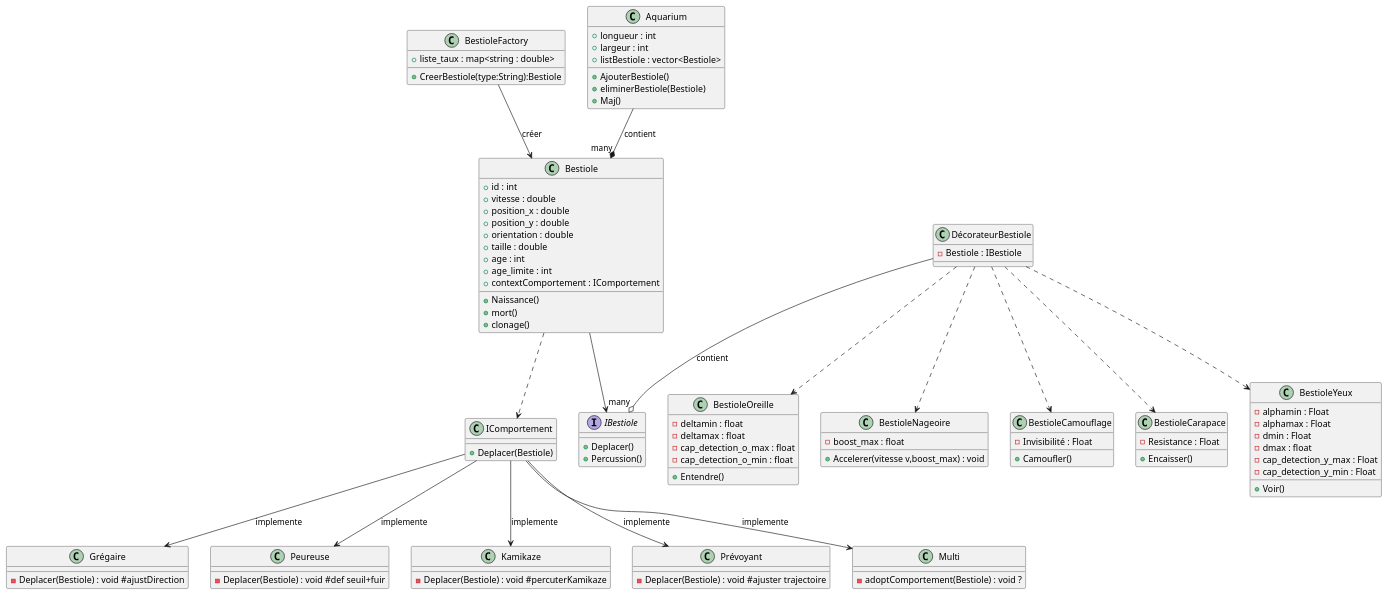
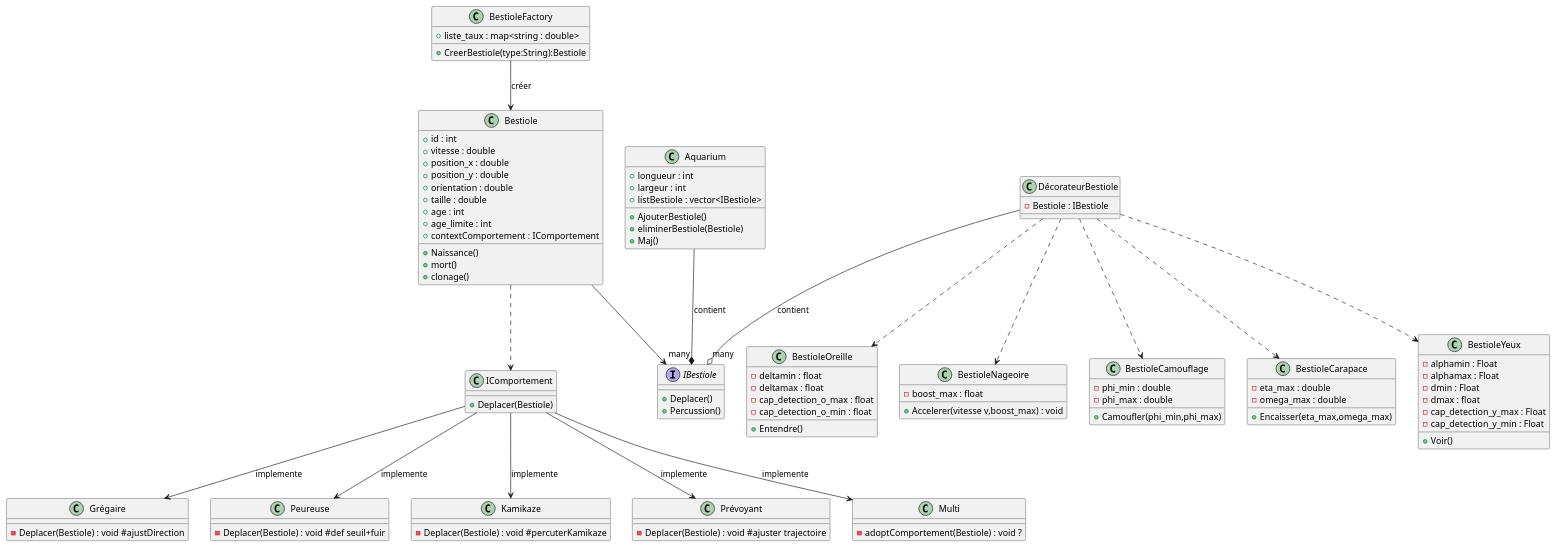
One commit to Faberra57/BE changed the diagram in diagramme.puml. Above: the diagram before and after it, drawn with PlantUML.

```diff
--- a/diagramme.puml
+++ b/diagramme.puml
@@ -1,121 +1,125 @@
 @startuml dd
 
 class BestioleFactory {
   + liste_taux : map<string : double>
 
   + CreerBestiole(type:String):Bestiole
 }
 
 class Bestiole {
     + id : int
     + vitesse : double
     + position_x : double
     + position_y : double
     + orientation : double
     + taille : double
     + age : int
     + age_limite : int
     + Naissance()
     + mort()
     + clonage()
     + contextComportement : IComportement
 }
 
 class Aquarium {
  + longueur : int
  + largeur : int
- + listBestiole : vector<Bestiole>
+ + listBestiole : vector<IBestiole>
 
  +AjouterBestiole()
  +eliminerBestiole(Bestiole)
  +Maj()
 }
 
 class BestioleOreille {
     - deltamin : float
     - deltamax : float
     - cap_detection_o_max : float
     - cap_detection_o_min : float
     + Entendre()
+
 }
 
 class BestioleNageoire {  
     - boost_max : float
     + Accelerer(vitesse v,boost_max) : void
 }
 
 class BestioleCamouflage {
-  - Invisibilité : Float
-  + Camoufler()
+  - phi_min : double
+  - phi_max : double
+  + Camoufler(phi_min,phi_max)
 }
 
 class BestioleCarapace {
-  - Resistance : Float
-  + Encaisser()
+  - eta_max : double
+  - omega_max : double
+  + Encaisser(eta_max,omega_max)
 }
 
 class BestioleYeux {
   - alphamin : Float
   - alphamax : Float
   - dmin : Float
   - dmax : float
   - cap_detection_y_max : Float
   - cap_detection_y_min : Float
   + Voir()
 }
 
 class IComportement {
   + Deplacer(Bestiole)
 }
 
 class Grégaire {
     -Deplacer(Bestiole) : void #ajustDirection
 
 }
 
 class Peureuse{
     -Deplacer(Bestiole) : void #def seuil+fuir
 
 }
 
 class Kamikaze{
     -Deplacer(Bestiole) : void #percuterKamikaze
 }
 
 class Prévoyant{
     -Deplacer(Bestiole) : void #ajuster trajectoire
 
 }
 
 Interface IBestiole{
   +Deplacer()
   +Percussion()
 }
 
 class DécorateurBestiole{
   - Bestiole : IBestiole 
 }
 
 class Multi{
     -adoptComportement(Bestiole) : void ?
 }
 
 BestioleFactory --> Bestiole : créer
 DécorateurBestiole ..> BestioleOreille
 DécorateurBestiole ..> BestioleNageoire
 DécorateurBestiole ..> BestioleCamouflage
 DécorateurBestiole ..> BestioleCarapace
 DécorateurBestiole ..> BestioleYeux
 Bestiole ..> IComportement
 
 IComportement --> Grégaire: implemente
 IComportement --> Peureuse: implemente
 IComportement --> Kamikaze: implemente
 IComportement --> Prévoyant: implemente
 IComportement --> Multi: implemente
 Bestiole --> IBestiole
 
-Aquarium --* "many" Bestiole : contient
+
+Aquarium --* "many" IBestiole : contient
 DécorateurBestiole --o "many" IBestiole : contient
 
 @enduml
```
